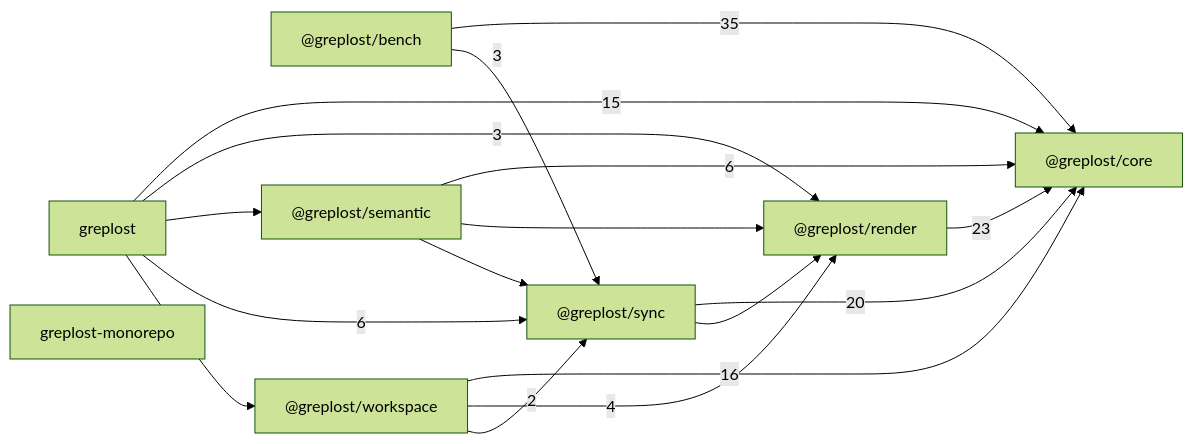
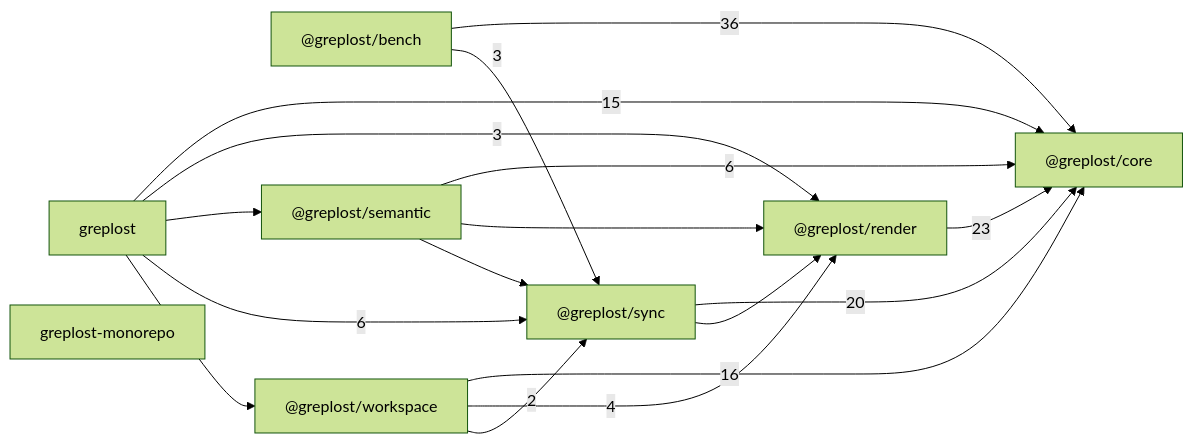
Before and after one commit to sns45/greplost: the diagram in .greplost/repo/MAP.md, drawn with Mermaid (forest theme). The commit also changed other lines of this file and 67 other files, not shown here.

````diff
--- a/.greplost/repo/MAP.md
+++ b/.greplost/repo/MAP.md
@@ -21,27 +21,27 @@
 ```mermaid
 graph LR
   _greplost_bench["@greplost/bench"]
   _greplost_core["@greplost/core"]
   _greplost_render["@greplost/render"]
   _greplost_semantic["@greplost/semantic"]
   _greplost_sync["@greplost/sync"]
   _greplost_workspace["@greplost/workspace"]
   greplost["greplost"]
   greplost_monorepo["greplost-monorepo"]
-  _greplost_bench -->|35| _greplost_core
+  _greplost_bench -->|36| _greplost_core
   _greplost_bench -->|3| _greplost_sync
   _greplost_render -->|23| _greplost_core
   _greplost_semantic -->|6| _greplost_core
   _greplost_semantic --> _greplost_render
   _greplost_semantic --> _greplost_sync
   _greplost_sync -->|20| _greplost_core
   _greplost_sync --> _greplost_render
   _greplost_workspace -->|16| _greplost_core
   _greplost_workspace -->|4| _greplost_render
   _greplost_workspace -->|2| _greplost_sync
   greplost -->|15| _greplost_core
   greplost -->|3| _greplost_render
   greplost --> _greplost_semantic
   greplost -->|6| _greplost_sync
   greplost --> _greplost_workspace
 ```
````
